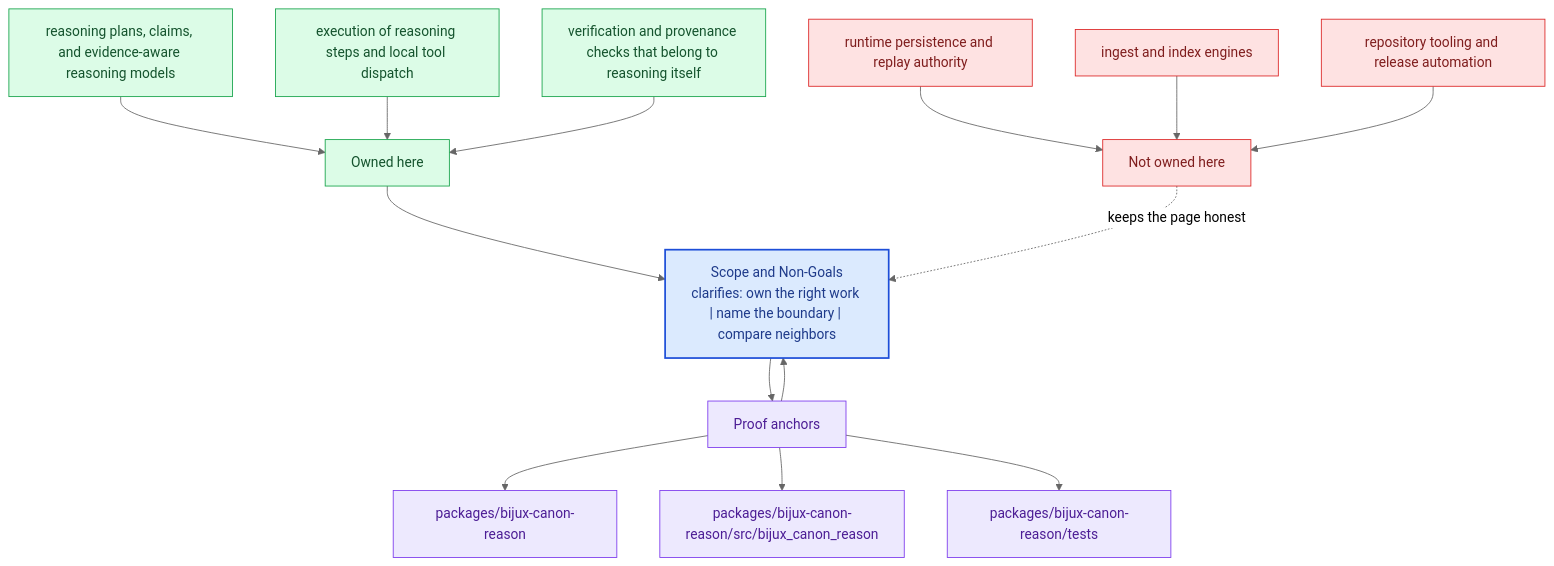
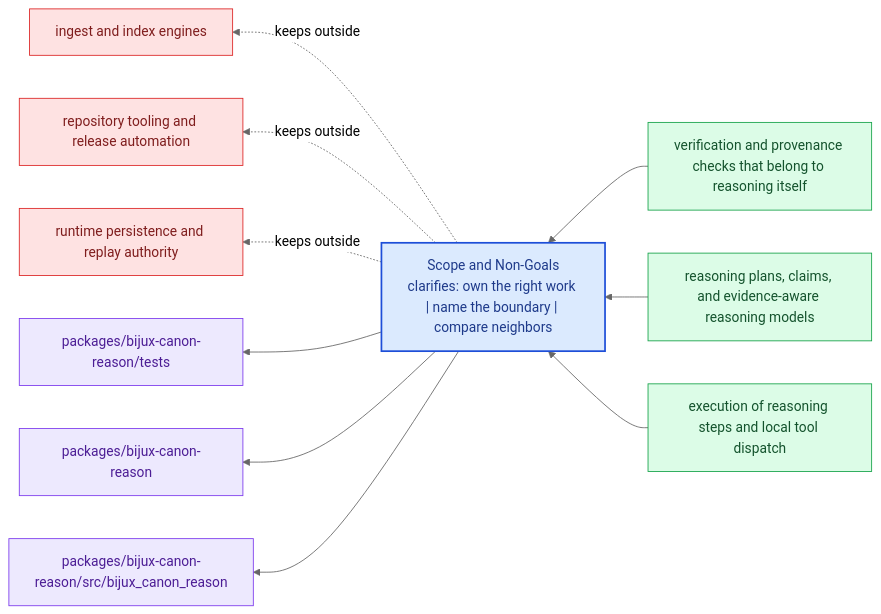
The diagram in docs/bijux-canon-reason/foundation/scope-and-non-goals.md (bijux/bijux-canon), drawn with Mermaid (neutral theme) before and after one commit. The commit also changed other lines of this file and 281 other files, not shown here.

Commit message:
docs(diagrams): replace repeated mermaid scaffolds with page-specific summaries

````diff
--- a/docs/bijux-canon-reason/foundation/scope-and-non-goals.md
+++ b/docs/bijux-canon-reason/foundation/scope-and-non-goals.md
@@ -69,40 +24,31 @@
 ```mermaid
-flowchart TB
-    promise["Scope and Non-Goals<br/>clarifies: own the right work | name the boundary | compare neighbors"]
-    classDef promise fill:#dbeafe,stroke:#1d4ed8,color:#1e3a8a,stroke-width:2px;
-    classDef driver fill:#dcfce7,stroke:#16a34a,color:#14532d;
-    classDef constraint fill:#fee2e2,stroke:#dc2626,color:#7f1d1d;
-    classDef ground fill:#ede9fe,stroke:#7c3aed,color:#4c1d95;
-    focus1["Owned here"]
-    focus1 --> promise
-    focus1_1["reasoning plans, claims, and evidence-aware reasoning models"]
-    focus1_1 --> focus1
-    focus1_2["execution of reasoning steps and local tool dispatch"]
-    focus1_2 --> focus1
-    focus1_3["verification and provenance checks that belong to reasoning itself"]
-    focus1_3 --> focus1
-    class focus1 driver;
-    class focus1_1,focus1_2,focus1_3 driver;
-    focus2["Not owned here"]
-    focus2 -.keeps the page honest.-> promise
-    focus2_1["runtime persistence and replay authority"]
-    focus2_1 --> focus2
-    focus2_2["ingest and index engines"]
-    focus2_2 --> focus2
-    focus2_3["repository tooling and release automation"]
-    focus2_3 --> focus2
-    class focus2 constraint;
-    class focus2_1,focus2_2,focus2_3 constraint;
-    focus3["Proof anchors"]
-    focus3 --> promise
-    promise --> focus3
-    focus3_1["packages/bijux-canon-reason"]
-    focus3 --> focus3_1
-    focus3_2["packages/bijux-canon-reason/src/bijux_canon_reason"]
-    focus3 --> focus3_2
-    focus3_3["packages/bijux-canon-reason/tests"]
-    focus3 --> focus3_3
-    class focus3 ground;
-    class focus3_1,focus3_2,focus3_3 ground;
-    class promise promise;
+flowchart RL
+    page["Scope and Non-Goals<br/>clarifies: own the right work | name the boundary | compare neighbors"]
+    classDef page fill:#dbeafe,stroke:#1d4ed8,color:#1e3a8a,stroke-width:2px;
+    classDef positive fill:#dcfce7,stroke:#16a34a,color:#14532d;
+    classDef caution fill:#fee2e2,stroke:#dc2626,color:#7f1d1d;
+    classDef anchor fill:#ede9fe,stroke:#7c3aed,color:#4c1d95;
+    classDef action fill:#fef3c7,stroke:#d97706,color:#7c2d12;
+    own1["verification and provenance checks that belong to reasoning itself"]
+    own1 --> page
+    own2["reasoning plans, claims, and evidence-aware reasoning models"]
+    own2 --> page
+    own3["execution of reasoning steps and local tool dispatch"]
+    own3 --> page
+    limit1["ingest and index engines"]
+    page -.keeps outside.-> limit1
+    limit2["repository tooling and release automation"]
+    page -.keeps outside.-> limit2
+    limit3["runtime persistence and replay authority"]
+    page -.keeps outside.-> limit3
+    anchor1["packages/bijux-canon-reason/tests"]
+    page --> anchor1
+    anchor2["packages/bijux-canon-reason"]
+    page --> anchor2
+    anchor3["packages/bijux-canon-reason/src/bijux_canon_reason"]
+    page --> anchor3
+    class page page;
+    class own1,own2,own3 positive;
+    class limit1,limit2,limit3 caution;
+    class anchor1,anchor2,anchor3 anchor;
 ```
````
